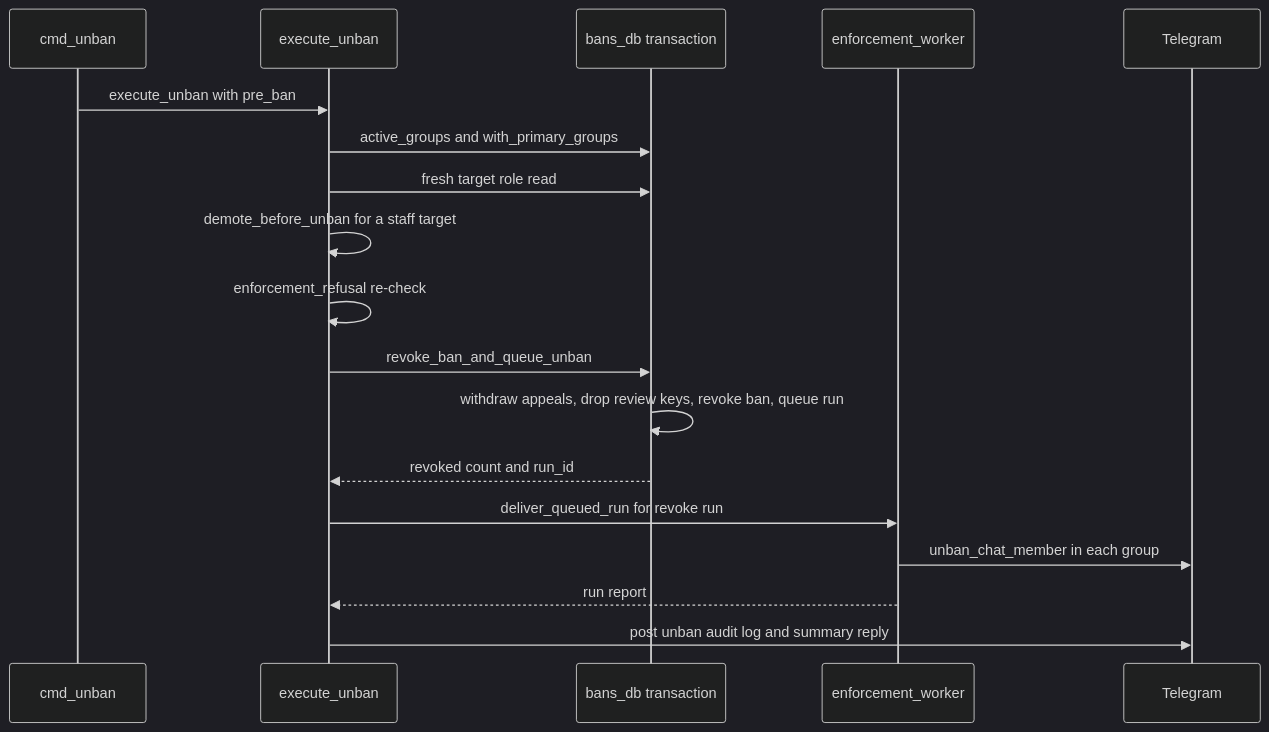
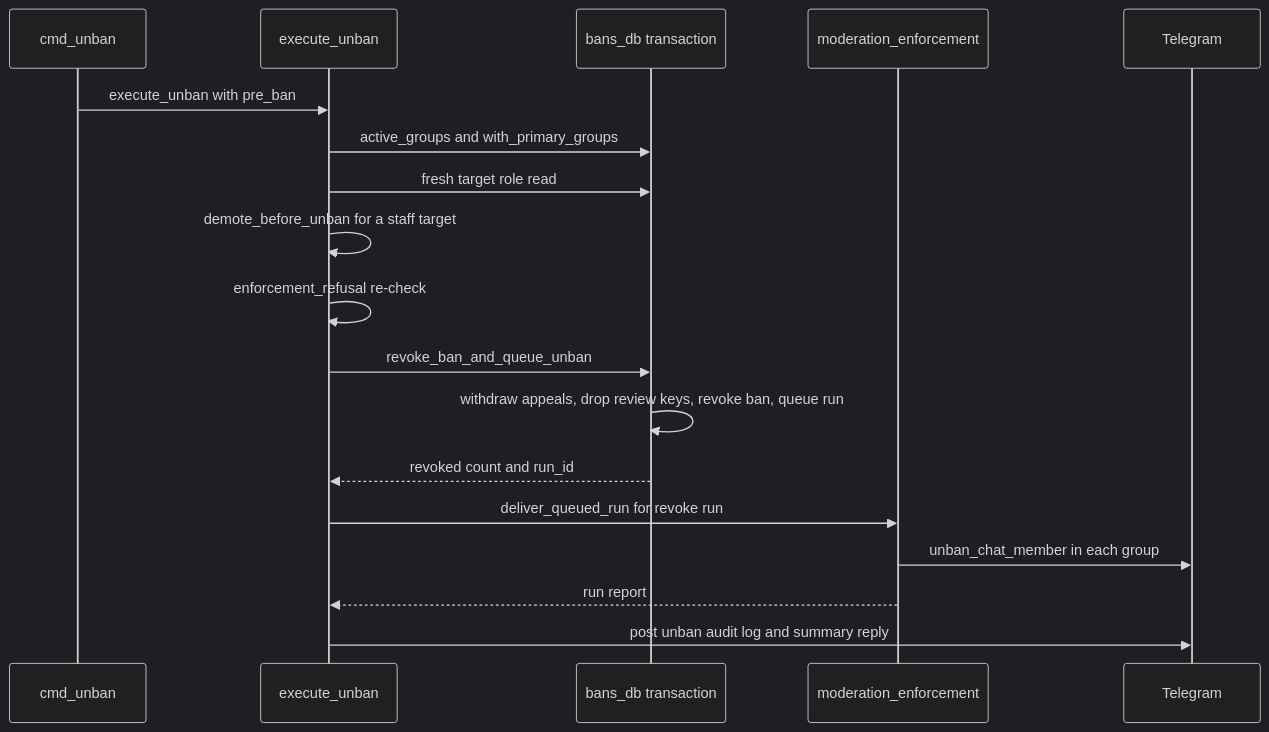
One commit to D1ZZY4/tcbot changed the second of 4 diagrams in docs/flows/unbanning.md. Above: the diagram before and after it, drawn with Mermaid (dark theme). The commit also changed other lines of this file and 24 other files, not shown here.

````diff
--- a/docs/flows/unbanning.md
+++ b/docs/flows/unbanning.md
@@ -85,20 +85,20 @@
 ```mermaid
 sequenceDiagram
     participant Cmd as cmd_unban
     participant Flow as execute_unban
     participant DB as bans_db transaction
-    participant Work as enforcement_worker
+    participant Work as moderation_enforcement
     participant Bot as Telegram
     Cmd->>Flow: execute_unban with pre_ban
     Flow->>DB: active_groups and with_primary_groups
     Flow->>DB: fresh target role read
     Flow->>Flow: demote_before_unban for a staff target
     Flow->>Flow: enforcement_refusal re-check
     Flow->>DB: revoke_ban_and_queue_unban
     DB->>DB: withdraw appeals, drop review keys, revoke ban, queue run
     DB-->>Flow: revoked count and run_id
     Flow->>Work: deliver_queued_run for revoke run
     Work->>Bot: unban_chat_member in each group
     Work-->>Flow: run report
     Flow->>Bot: post unban audit log and summary reply
 ```
````
